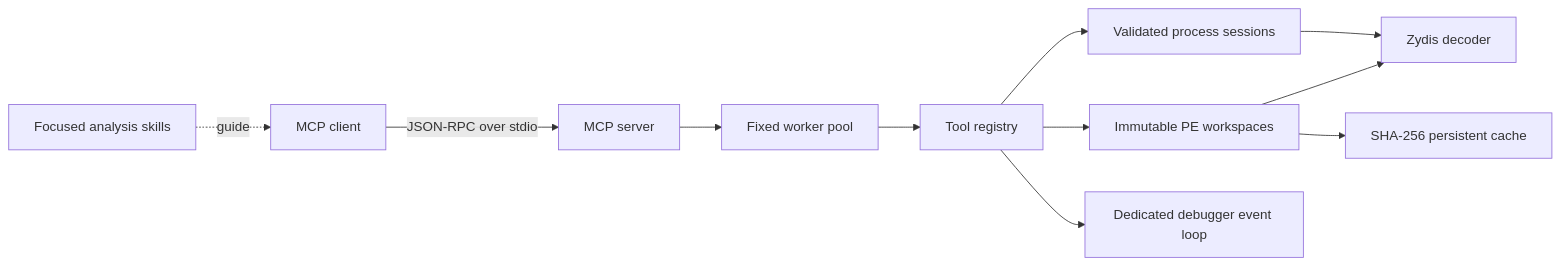
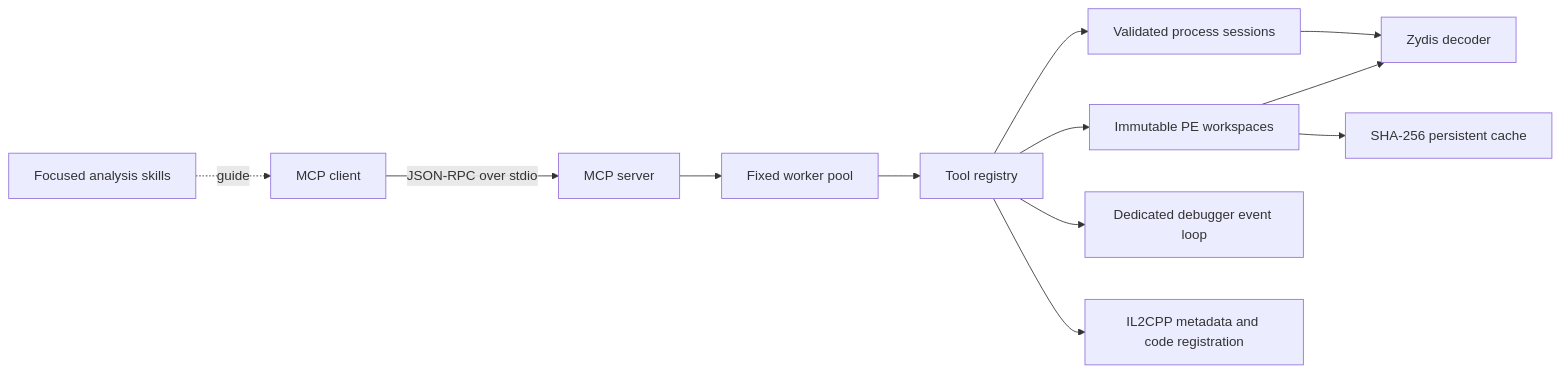
Before and after one commit to Stingeer01/ReverseMCP: the diagram in README.md, drawn with Mermaid. The commit also changed other lines of this file and 17 other files, not shown here.

Commit message:
Add IL2CPP metadata and GameAssembly mapping

````diff
--- a/README.md
+++ b/README.md
@@ -170,13 +189,14 @@
 ```mermaid
 flowchart LR
     Client[MCP client] -->|JSON-RPC over stdio| Server[MCP server]
     Server --> Pool[Fixed worker pool]
     Pool --> Tools[Tool registry]
     Tools --> Static[Immutable PE workspaces]
     Tools --> Memory[Validated process sessions]
     Tools --> Debugger[Dedicated debugger event loop]
+    Tools --> IL2CPP[IL2CPP metadata and code registration]
     Static --> Zydis[Zydis decoder]
     Memory --> Zydis
     Static --> Cache[SHA-256 persistent cache]
     Skills[Focused analysis skills] -. guide .-> Client
 ```
````
